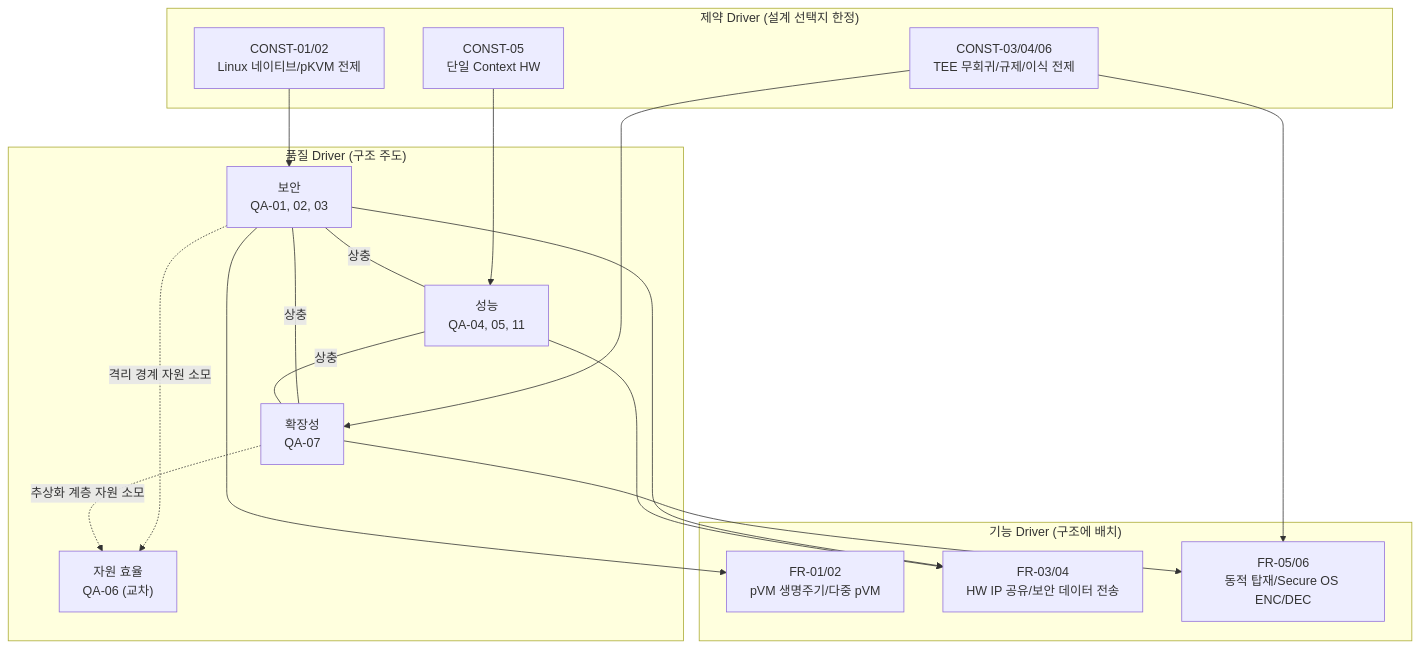
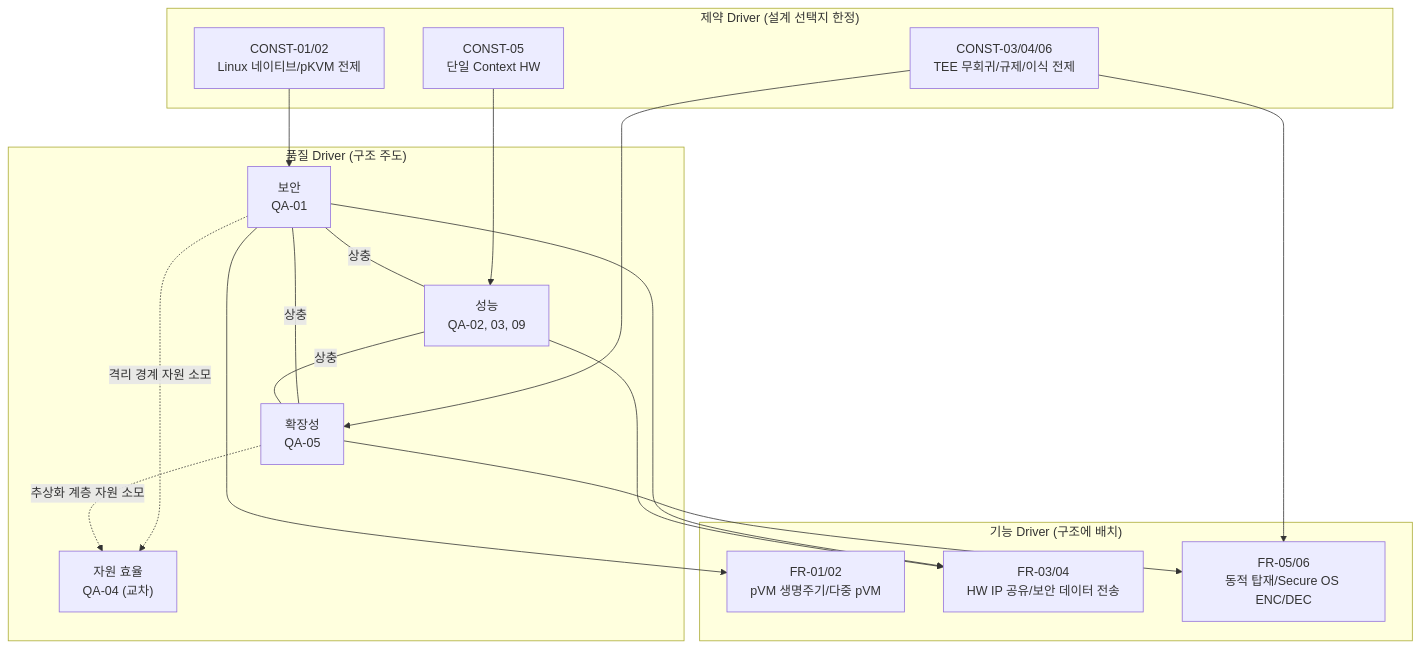
The diagram in docs/04_architectural_drivers.md (boram1288/test-p), drawn with Mermaid before and after one commit. The commit also changed other lines of this file and 22 other files, not shown here.

````diff
--- a/docs/04_architectural_drivers.md
+++ b/docs/04_architectural_drivers.md
@@ -90,33 +88,33 @@
 ```mermaid
 flowchart TB
     subgraph const_d["제약 Driver (설계 선택지 한정)"]
         C12["CONST-01/02<br/>Linux 네이티브/pKVM 전제"]
         C5["CONST-05<br/>단일 Context HW"]
         C36["CONST-03/04/06<br/>TEE 무회귀/규제/이식 전제"]
     end
     subgraph qa_d["품질 Driver (구조 주도)"]
-        SEC["보안<br/>QA-01, 02, 03"]
-        PERF["성능<br/>QA-04, 05, 11"]
-        EXT["확장성<br/>QA-07"]
-        RES["자원 효율<br/>QA-06 (교차)"]
+        SEC["보안<br/>QA-01"]
+        PERF["성능<br/>QA-02, 03, 09"]
+        EXT["확장성<br/>QA-05"]
+        RES["자원 효율<br/>QA-04 (교차)"]
     end
     subgraph fr_d["기능 Driver (구조에 배치)"]
         F12["FR-01/02<br/>pVM 생명주기/다중 pVM"]
         F34["FR-03/04<br/>HW IP 공유/보안 데이터 전송"]
         F56["FR-05/06<br/>동적 탑재/Secure OS ENC/DEC"]
     end
 
     C12 --> SEC
     C5 --> PERF
     C36 --> EXT
     SEC ---|"상충"| PERF
     SEC ---|"상충"| EXT
     PERF ---|"상충"| EXT
     SEC -.->|"격리 경계 자원 소모"| RES
     EXT -.->|"추상화 계층 자원 소모"| RES
     SEC --> F12
     SEC --> F34
     PERF --> F34
     EXT --> F56
     C36 --> F56
 ```
````
